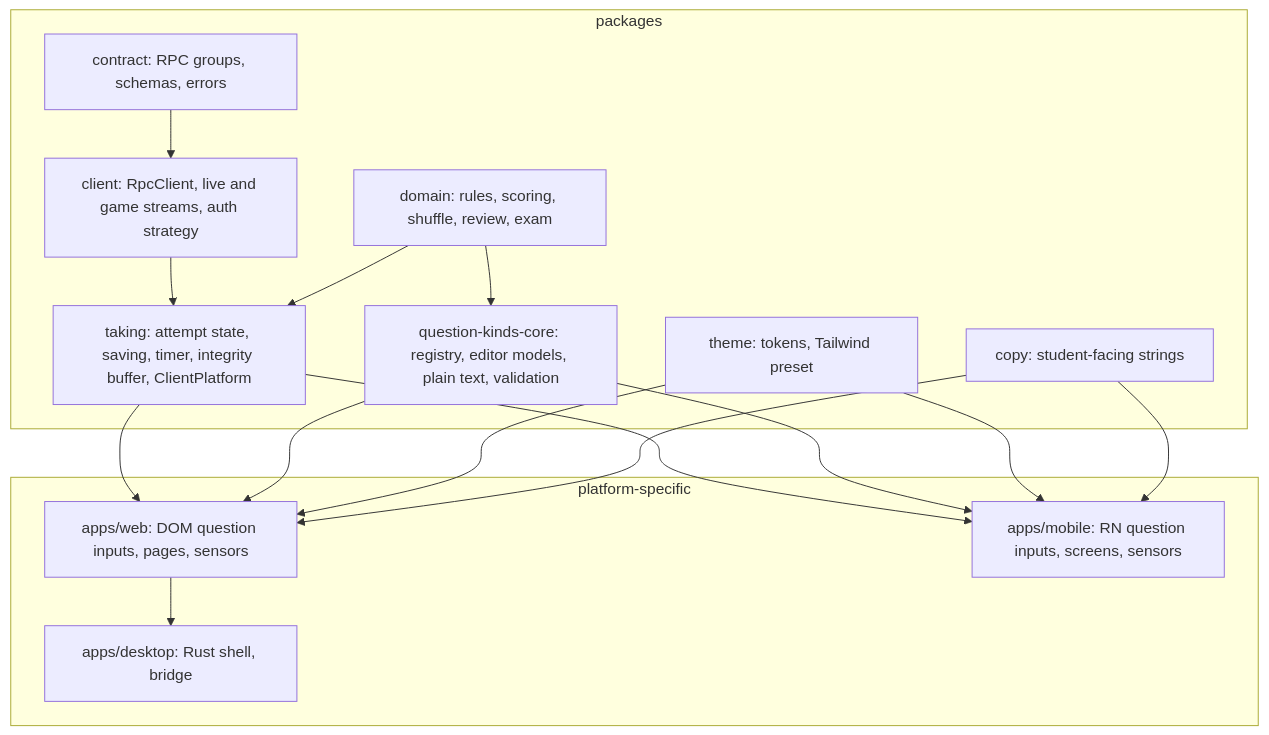
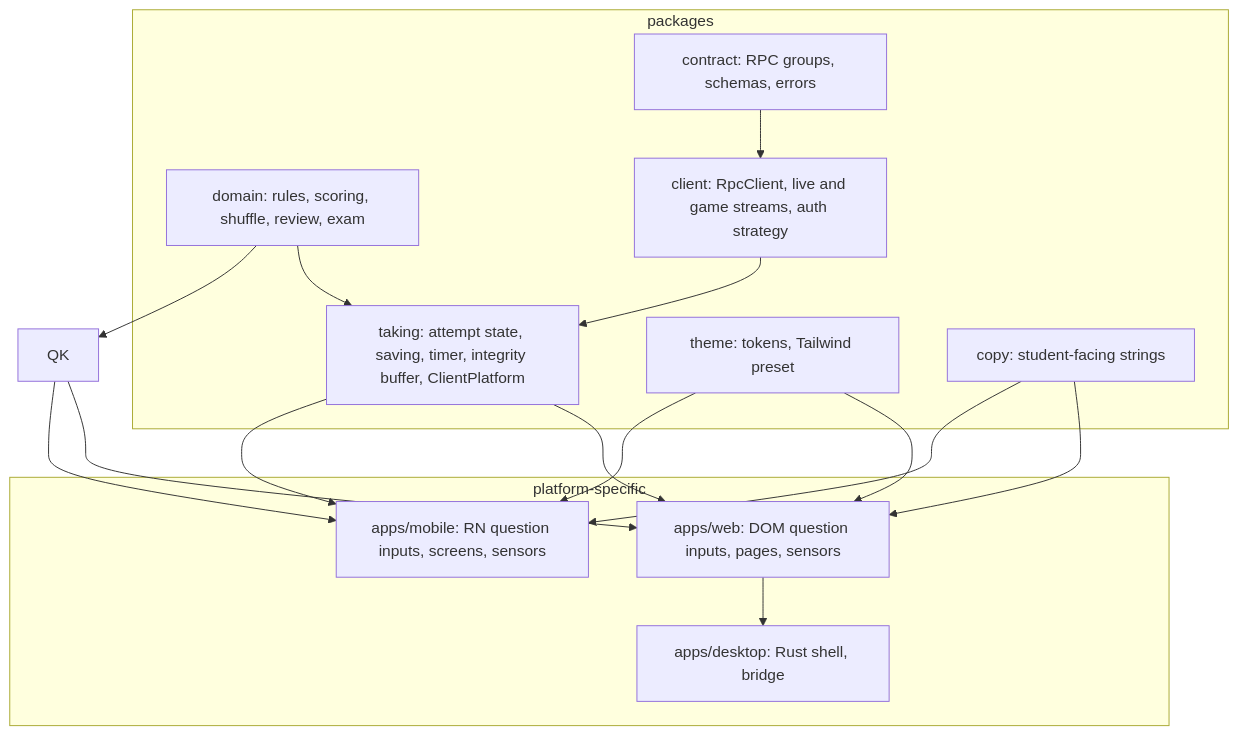
One commit to ejluv143/ExamSIC changed the second of 5 diagrams in docs/native-clients-plan.md. Above: the diagram before and after it, drawn with Mermaid. The commit also changed other lines of this file and 292 other files, not shown here.

````diff
--- a/docs/native-clients-plan.md
+++ b/docs/native-clients-plan.md
@@ -63,25 +63,24 @@
 ```mermaid
 flowchart TB
   subgraph shared [packages]
     DOM[domain: rules, scoring, shuffle, review, exam]
     CON[contract: RPC groups, schemas, errors]
     CLI[client: RpcClient, live and game streams, auth strategy]
     TAK[taking: attempt state, saving, timer, integrity buffer, ClientPlatform]
-    QK[question-kinds-core: registry, editor models, plain text, validation]
     TH[theme: tokens, Tailwind preset]
     CP[copy: student-facing strings]
   end
   subgraph platform-specific
     WEBUI[apps/web: DOM question inputs, pages, sensors]
     DESK[apps/desktop: Rust shell, bridge]
     MOB[apps/mobile: RN question inputs, screens, sensors]
   end
   CON --> CLI --> TAK
   DOM --> TAK
   DOM --> QK
   TAK --> WEBUI & MOB
   QK --> WEBUI & MOB
   TH --> WEBUI & MOB
   CP --> WEBUI & MOB
   WEBUI --> DESK
 ```
````
